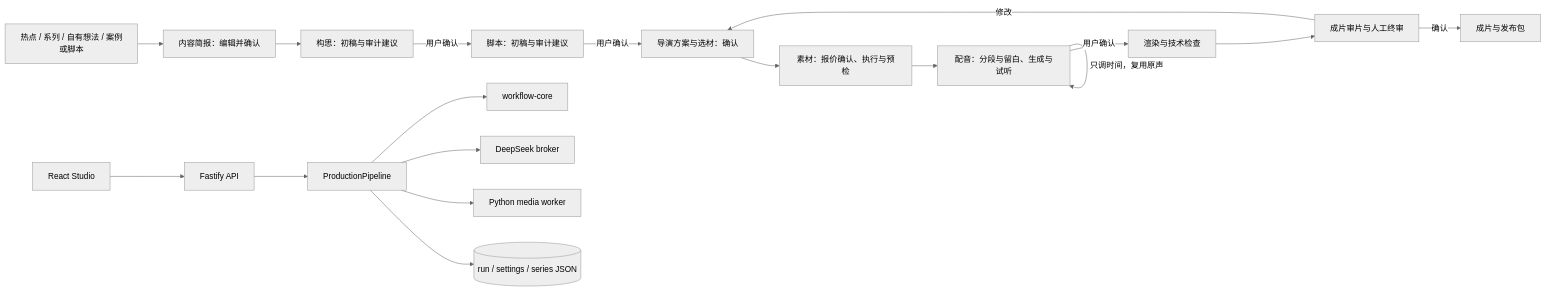
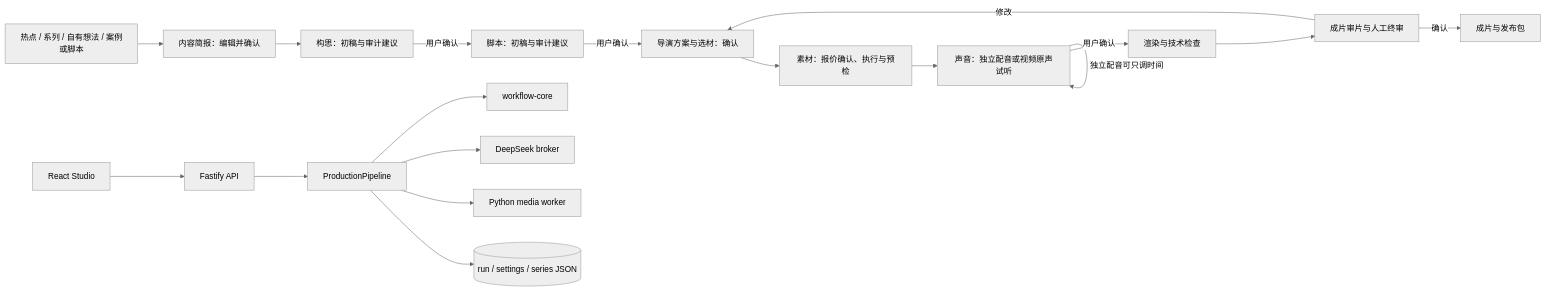
Before and after one commit to yaoziyaoguai/video-factory: the diagram in README.md, drawn with Mermaid (neutral theme). The commit also changed other lines of this file and 3 other files, not shown here.

````diff
--- a/README.md
+++ b/README.md
@@ -25,21 +25,21 @@
 ```mermaid
 flowchart LR
     S[热点 / 系列 / 自有想法 / 案例或脚本] --> B[内容简报：编辑并确认]
     B --> TREAT[构思：初稿与审计建议]
     TREAT -->|用户确认| SCRIPT[脚本：初稿与审计建议]
     SCRIPT -->|用户确认| PLAN[导演方案与选材：确认]
     PLAN --> M[素材：报价确认、执行与预检]
-    M --> V[配音：分段与留白、生成与试听]
-    V -->|只调时间，复用原声| V
+    M --> V[声音：独立配音或视频原声试听]
+    V -->|独立配音可只调时间| V
     V -->|用户确认| RENDER[渲染与技术检查]
     RENDER --> REVIEW[成片审片与人工终审]
     REVIEW -->|确认| P[成片与发布包]
     REVIEW -->|修改| PLAN
 
     C[React Studio] --> API[Fastify API]
     API --> PIPE[ProductionPipeline]
     PIPE --> CORE[workflow-core]
     PIPE --> BROKER[DeepSeek broker]
     PIPE --> WORKER[Python media worker]
     PIPE --> STORE[(run / settings / series JSON)]
 ```
````
